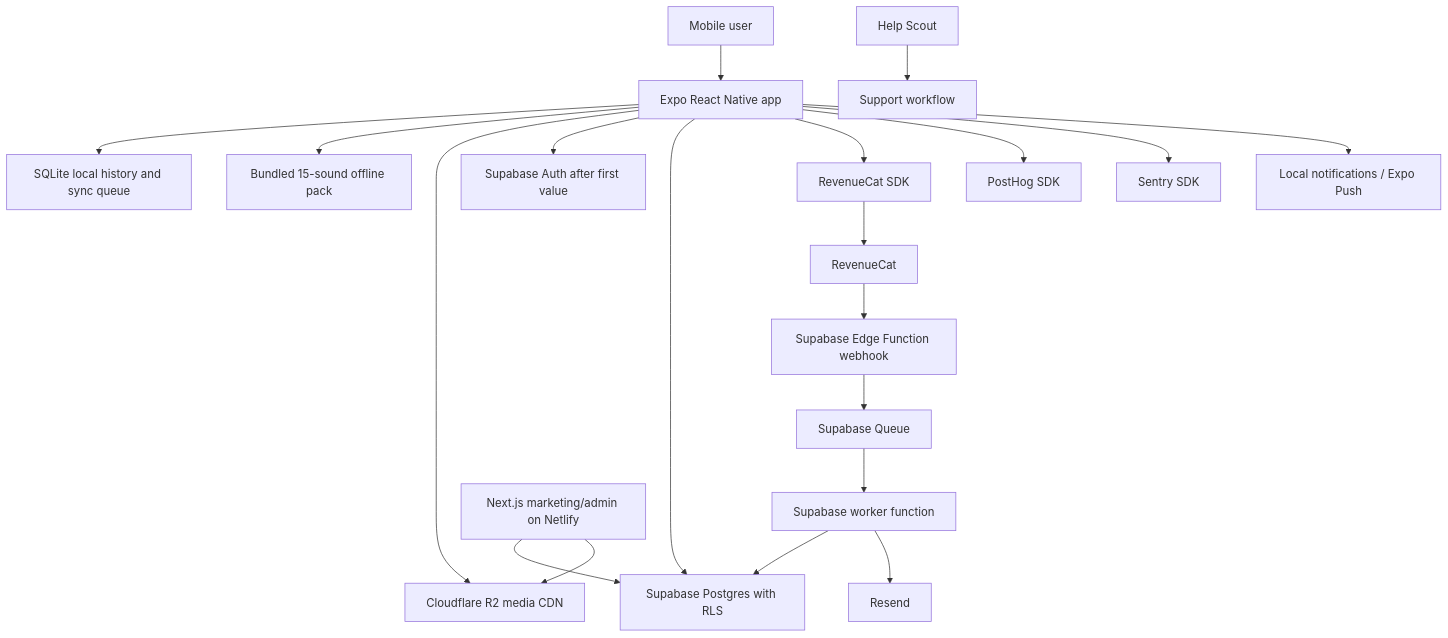
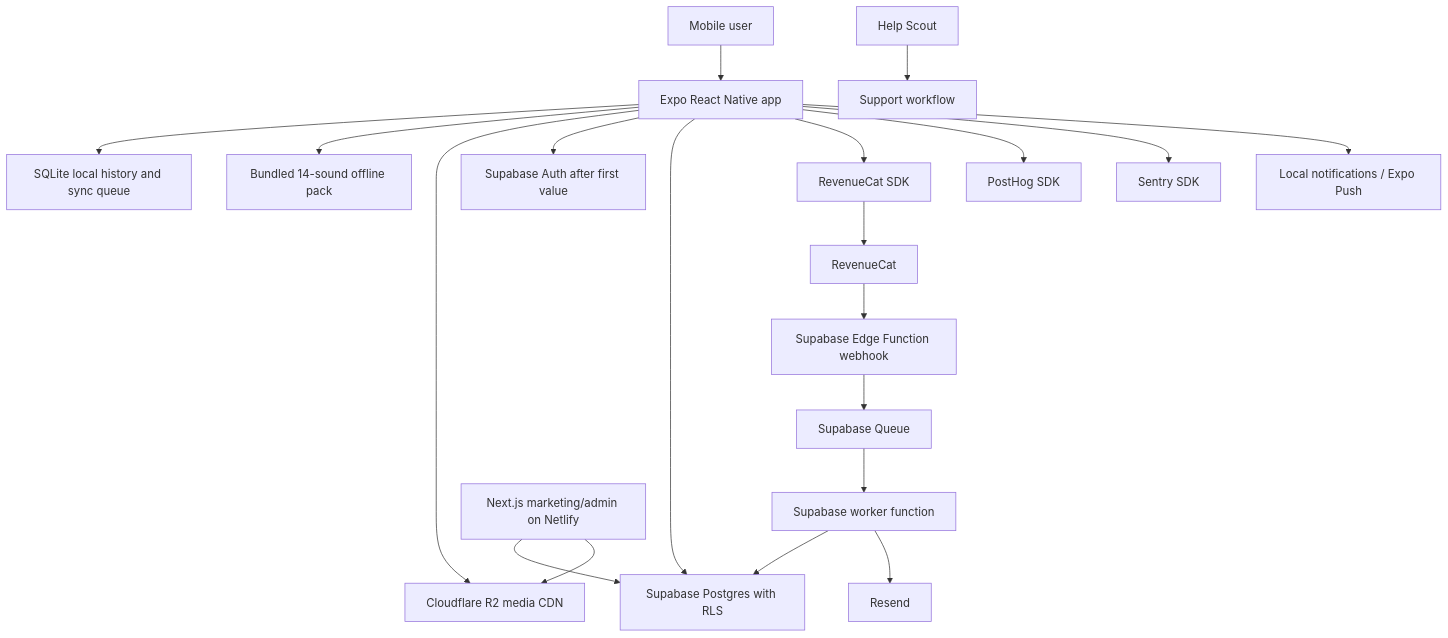
Before and after one commit to brunoBrizo/nidoruapp: the diagram in docs/architecture/tech-stack-proposal.md, drawn with Mermaid. The commit also changed other lines of this file and 41 other files, not shown here.

````diff
--- a/docs/architecture/tech-stack-proposal.md
+++ b/docs/architecture/tech-stack-proposal.md
@@ -64,22 +64,22 @@
 ```mermaid
 flowchart TD
   User["Mobile user"] --> App["Expo React Native app"]
   App --> LocalDB["SQLite local history and sync queue"]
-  App --> BaseAudio["Bundled 15-sound offline pack"]
+  App --> BaseAudio["Bundled 14-sound offline pack"]
   App --> R2["Cloudflare R2 media CDN"]
   App --> SupabaseAuth["Supabase Auth after first value"]
   App --> SupabaseDB["Supabase Postgres with RLS"]
   App --> RevenueCatSDK["RevenueCat SDK"]
   App --> PostHogSDK["PostHog SDK"]
   App --> SentrySDK["Sentry SDK"]
   App --> Notifications["Local notifications / Expo Push"]
   RevenueCatSDK --> RevenueCat["RevenueCat"]
   RevenueCat --> Webhook["Supabase Edge Function webhook"]
   Webhook --> Queue["Supabase Queue"]
   Queue --> Worker["Supabase worker function"]
   Worker --> SupabaseDB
   Worker --> Resend["Resend"]
   Web["Next.js marketing/admin on Netlify"] --> SupabaseDB
   Web --> R2
   Support["Help Scout"] --> Ops["Support workflow"]
 ```
````
